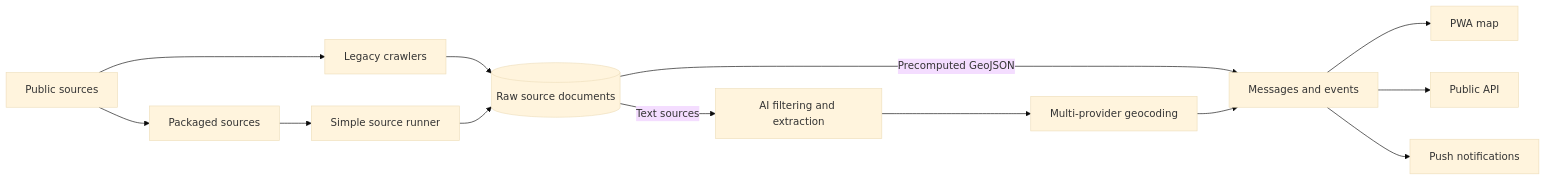
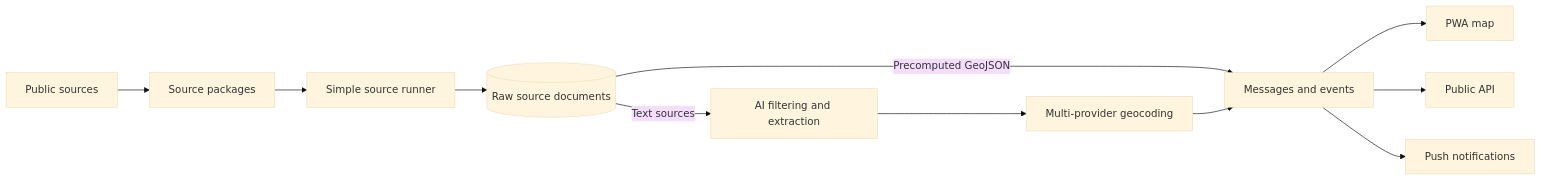
One commit to oboapp/oboapp changed the diagram in README.md. Above: the diagram before and after it, drawn with Mermaid (base theme). The commit also changed other lines of this file and 6 other files, not shown here.

Commit message:
docs(ingest): record final source packages and deployment evidence

````diff
--- a/README.md
+++ b/README.md
@@ -37,15 +37,13 @@
 ```mermaid
 flowchart LR
-	sources[Public sources] --> legacy[Legacy crawlers]
-	sources --> packaged[Packaged sources]
+	sources[Public sources] --> packaged[Source packages]
 	packaged --> runner[Simple source runner]
-	legacy --> raw[(Raw source documents)]
-	runner --> raw
+	runner --> raw[(Raw source documents)]
 	raw -->|Text sources| ingest[AI filtering and extraction]
 	raw -->|Precomputed GeoJSON| events
 	ingest --> geocoding[Multi-provider geocoding]
 	geocoding --> events[Messages and events]
 	events --> web[PWA map]
 	events --> api[Public API]
 	events --> notifications[Push notifications]
 ```
````
